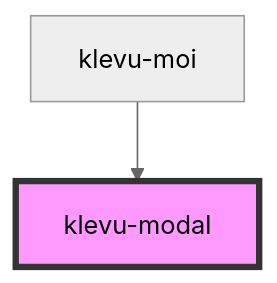
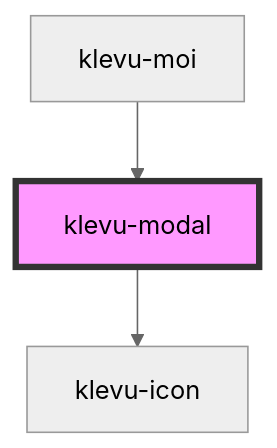
Before and after one commit to klevultd/frontend-sdk: the diagram in packages/klevu-ui/src/components/klevu-modal/readme.md, drawn with Mermaid (neutral theme). The commit also changed other lines of this file and 80 other files, not shown here.

Commit message:
Create a klevu-icon component

````diff
--- a/packages/klevu-ui/src/components/klevu-modal/readme.md
+++ b/packages/klevu-ui/src/components/klevu-modal/readme.md
@@ -63,5 +60,6 @@
 ```mermaid
 graph TD;
+  klevu-modal --> klevu-icon
   klevu-moi --> klevu-modal
   style klevu-modal fill:#f9f,stroke:#333,stroke-width:4px
 ```
````
